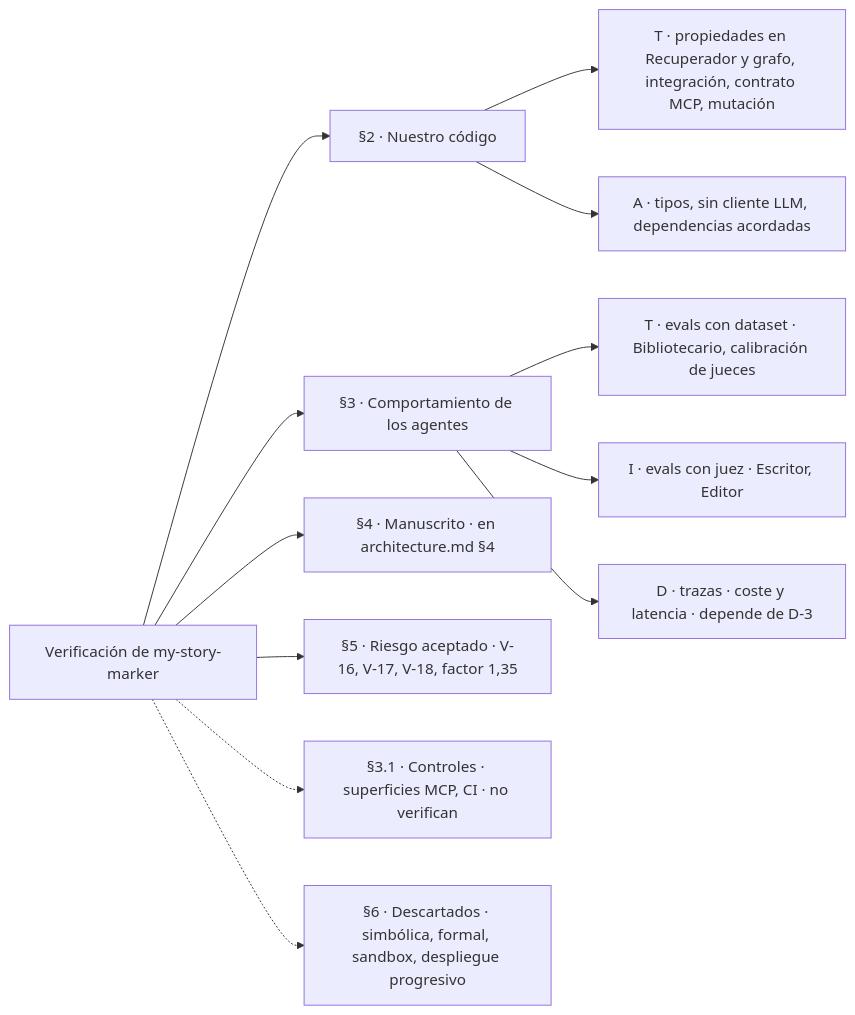
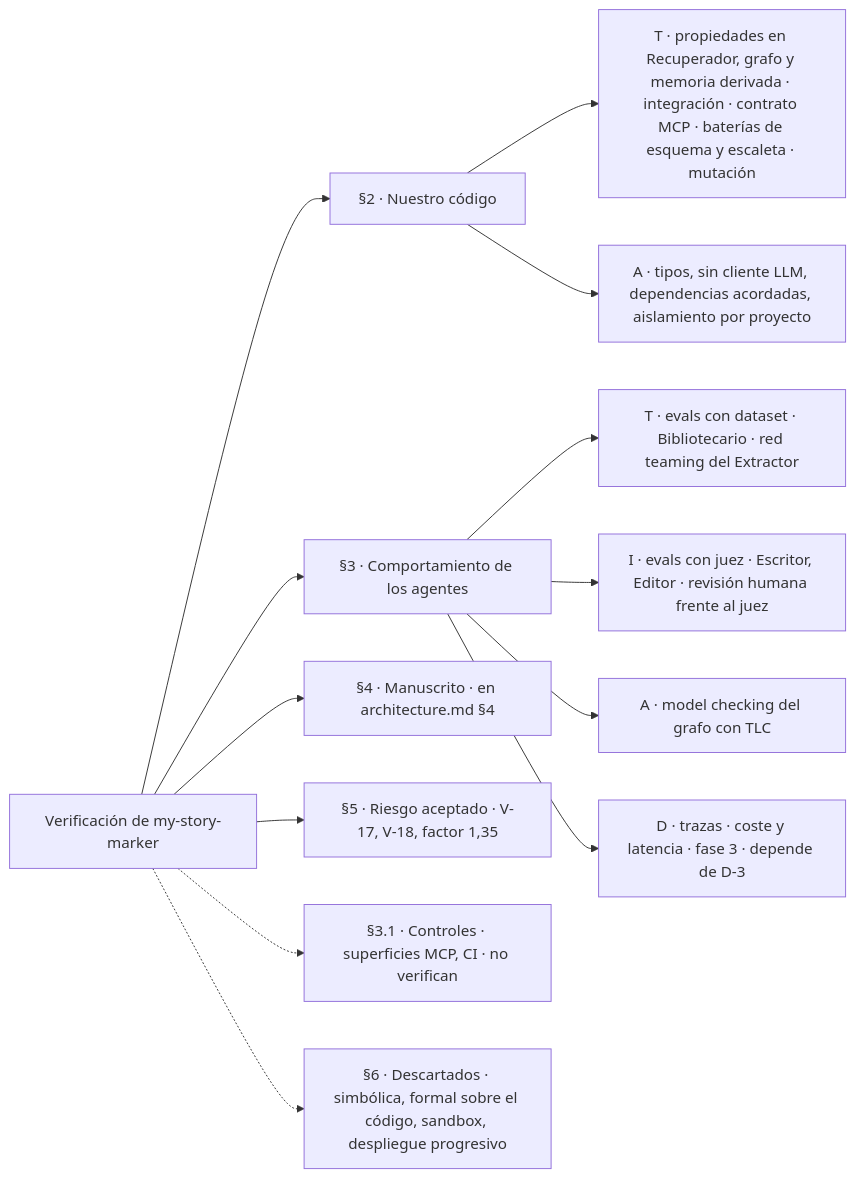
Before and after one commit to Asieribarz/my-story-marker: the second of 2 diagrams in docs/validators.md, drawn with Mermaid. The commit also changed other lines of this file and 6 other files, not shown here.

````diff
--- a/docs/validators.md
+++ b/docs/validators.md
@@ -224,17 +277,18 @@
 ```mermaid
 flowchart LR
   V["Verificación de my-story-marker"] --> C["§2 · Nuestro código"]
   V --> A["§3 · Comportamiento de los agentes"]
   V --> M["§4 · Manuscrito · en architecture.md §4"]
 
-  C --> CT["T · propiedades en Recuperador y grafo, integración, contrato MCP, mutación"]
-  C --> CA["A · tipos, sin cliente LLM, dependencias acordadas"]
+  C --> CT["T · propiedades en Recuperador, grafo y memoria derivada · integración · contrato MCP · baterías de esquema y escaleta · mutación"]
+  C --> CA["A · tipos, sin cliente LLM, dependencias acordadas, aislamiento por proyecto"]
 
-  A --> AT["T · evals con dataset · Bibliotecario, calibración de jueces"]
-  A --> AI["I · evals con juez · Escritor, Editor"]
-  A --> AD["D · trazas · coste y latencia · depende de D-3"]
+  A --> AT["T · evals con dataset · Bibliotecario · red teaming del Extractor"]
+  A --> AI["I · evals con juez · Escritor, Editor · revisión humana frente al juez"]
+  A --> AA["A · model checking del grafo con TLC"]
+  A --> AD["D · trazas · coste y latencia · fase 3 · depende de D-3"]
 
-  V --> U["§5 · Riesgo aceptado · V-16, V-17, V-18, factor 1,35"]
+  V --> U["§5 · Riesgo aceptado · V-17, V-18, factor 1,35"]
   V -.-> CTL["§3.1 · Controles · superficies MCP, CI · no verifican"]
-  V -.-> X["§6 · Descartados · simbólica, formal, sandbox, despliegue progresivo"]
+  V -.-> X["§6 · Descartados · simbólica, formal sobre el código, sandbox, despliegue progresivo"]
 ```
````
